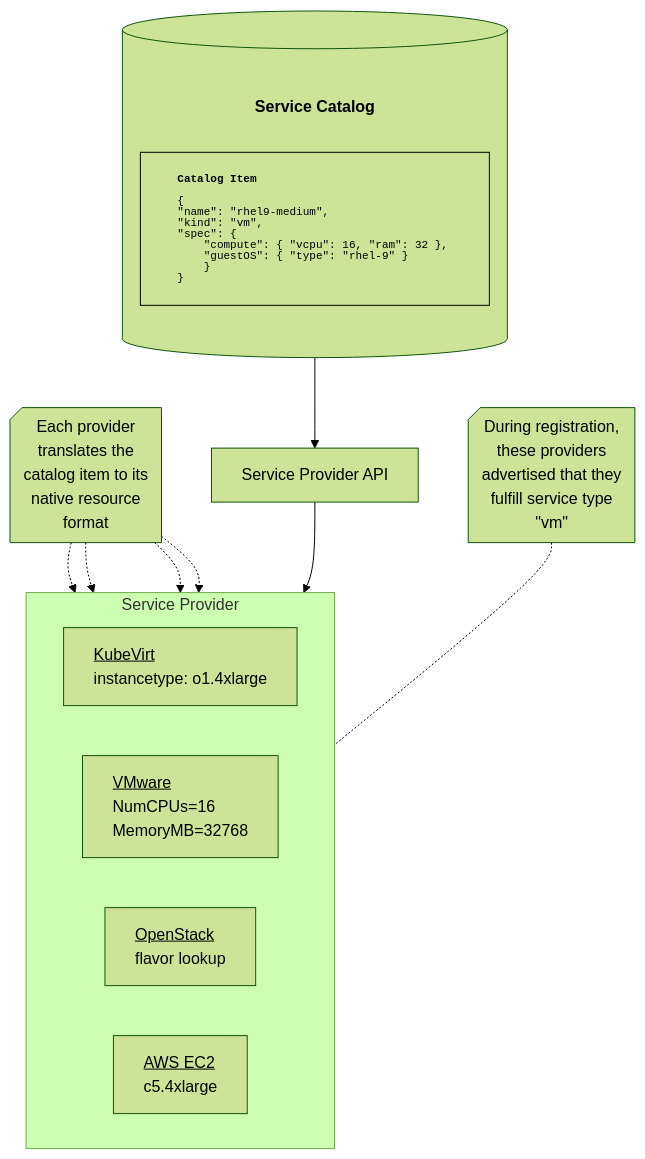
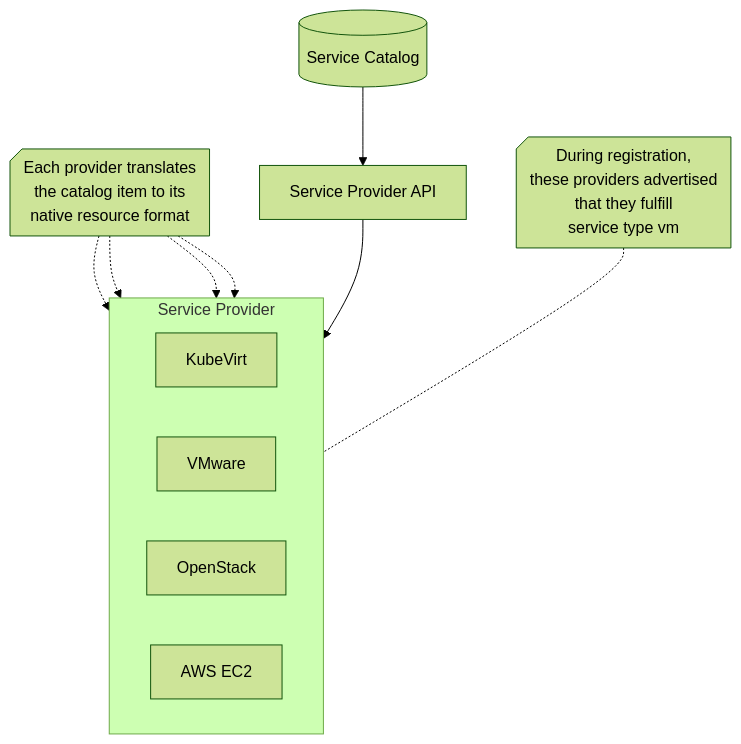
Before and after one commit to dcm-project/enhancements: the diagram in enhancements/service-type-definitions/service-type-definitions.md, drawn with Mermaid (forest theme).

Commit message:
Simplify mermaid diagram in VM section
Remove HTML/CSS styling and let mermaid use default colors.

````diff
--- a/enhancements/service-type-definitions/service-type-definitions.md
+++ b/enhancements/service-type-definitions/service-type-definitions.md
@@ -138,47 +138,31 @@
 ```mermaid
 flowchart TD
-    classDef dbStyle text-align:center;
-    classDef providerBox text-align:left;
-    classDef note text-align:center;
-
-    SC[("
-    <div style='min-width: 350px; padding: 10px; line-height: 1;'>
-        <div style='font-weight: bold; font-size: 16px; margin-bottom: 5px;'>Service Catalog</div>
-        <div style='border: 1px solid; padding: 10px; text-align: left; font-family: monospace; font-size: 11px; margin-top: 0px;'>
-    <b>Catalog Item</b><br/>
-    {
-    &quot;name&quot;: &quot;rhel9-medium&quot;,
-    &quot;kind&quot;: &quot;vm&quot;,
-    &quot;spec&quot;: {
-        &quot;compute&quot;: { &quot;vcpu&quot;: 16, &quot;ram&quot;: 32 },
-        &quot;guestOS&quot;: { &quot;type&quot;: &quot;rhel-9&quot; }
-        }
-    }
-    </div>
-</div>
-    ")]:::dbStyle
-
+    SC[(Service Catalog)]
     API[Service Provider API]
 
     subgraph SP [Service Provider]
         direction LR
-        KV["<u>KubeVirt</u><br/>instancetype: o1.4xlarge"]:::providerBox
-        VW["<u>VMware</u><br/>NumCPUs=16<br/>MemoryMB=32768"]:::providerBox
-        OS["<u>OpenStack</u><br/>flavor lookup"]:::providerBox
-        AWS["<u>AWS EC2</u><br/>c5.4xlarge"]:::providerBox
+        KV[KubeVirt]
+        VW[VMware]
+        OS[OpenStack]
+        AWS[AWS EC2]
     end
 
-    Note_Reg@{ shape: card, label: "During registration,<br>these providers<br>advertised that they<br>fulfill service type<br>&quot;vm&quot;" }
-    Note_Trans@{ shape: card, label: "Each provider<br>translates the<br>catalog item to its<br>native resource<br>format" }
+    Note_Reg@{ shape: card, label: "During registration,
+these providers advertised
+that they fulfill
+service type vm" }
+
+    Note_Trans@{ shape: card, label: "Each provider translates
+the catalog item to its
+native resource format" }
 
     SC --> API
     API --> SP
 
     Note_Reg -.- SP
     Note_Trans -.-> KV
     Note_Trans -.-> VW
     Note_Trans -.-> OS
     Note_Trans -.-> AWS
-
-    class Note_Reg,Note_Trans note
 ```
````
